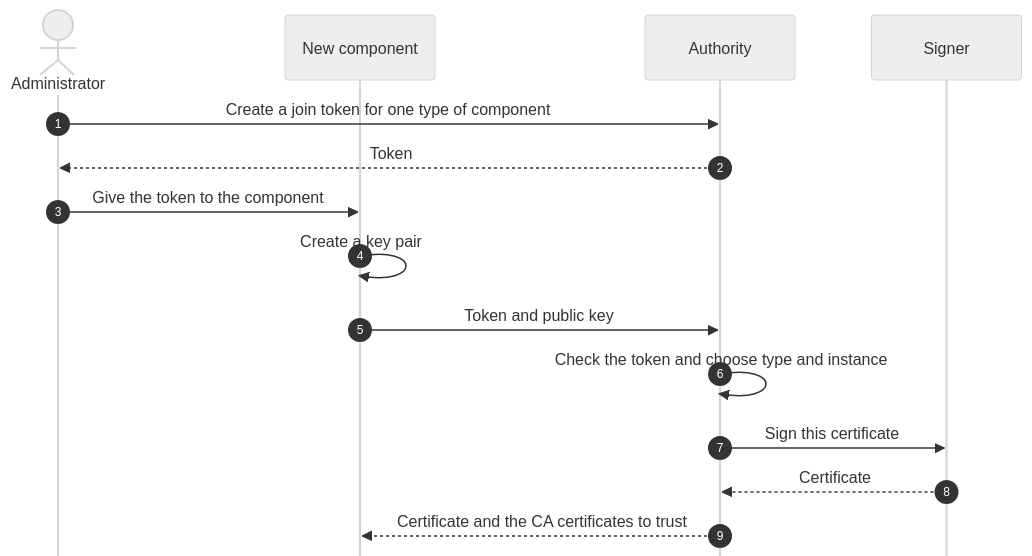
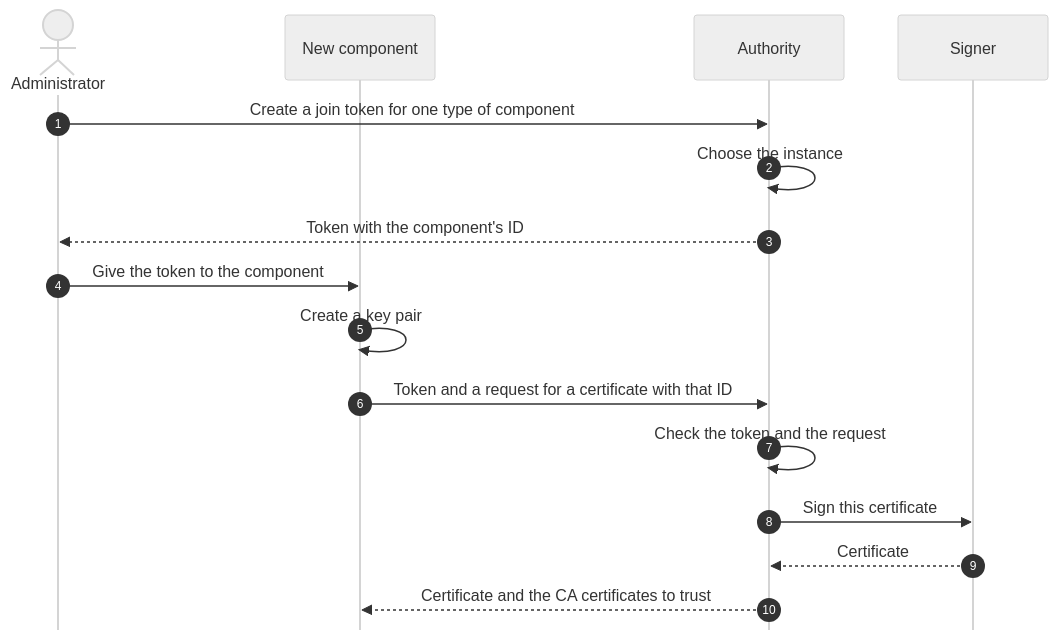
Before and after one commit to tidegate-dev/enhancements: the second of 3 diagrams in teps/0007-workload-identity/README.md, drawn with Mermaid (neutral theme). The commit also changed other lines of this file, not shown here.

````diff
--- a/teps/0007-workload-identity/README.md
+++ b/teps/0007-workload-identity/README.md
@@ -99,19 +93,20 @@
 ```mermaid
 %%{init: {"sequence": {"mirrorActors": false}}}%%
 sequenceDiagram
     autonumber
     actor A as Administrator
     participant C as New component
     participant Au as Authority
     participant S as Signer
 
     A->>Au: Create a join token for one type of component
-    Au-->>A: Token
+    Au->>Au: Choose the instance
+    Au-->>A: Token with the component's ID
     A->>C: Give the token to the component
     C->>C: Create a key pair
-    C->>Au: Token and public key
-    Au->>Au: Check the token and choose type and instance
+    C->>Au: Token and a request for a certificate with that ID
+    Au->>Au: Check the token and the request
     Au->>S: Sign this certificate
     S-->>Au: Certificate
     Au-->>C: Certificate and the CA certificates to trust
 ```
````
